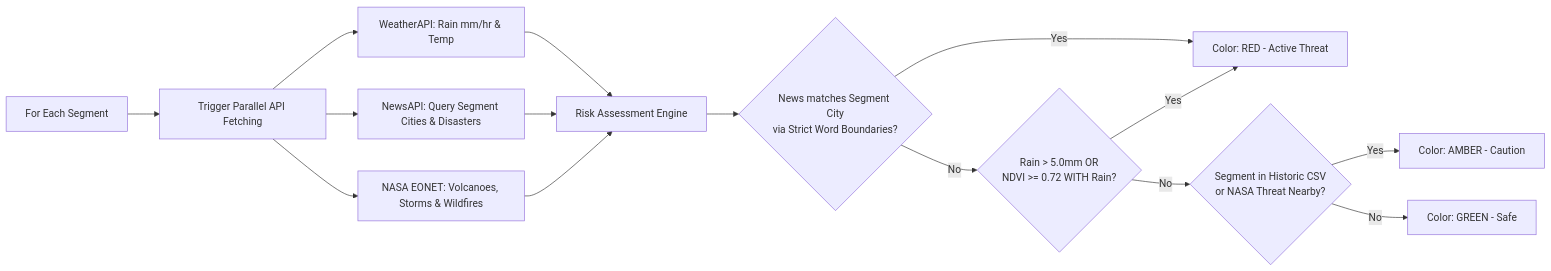
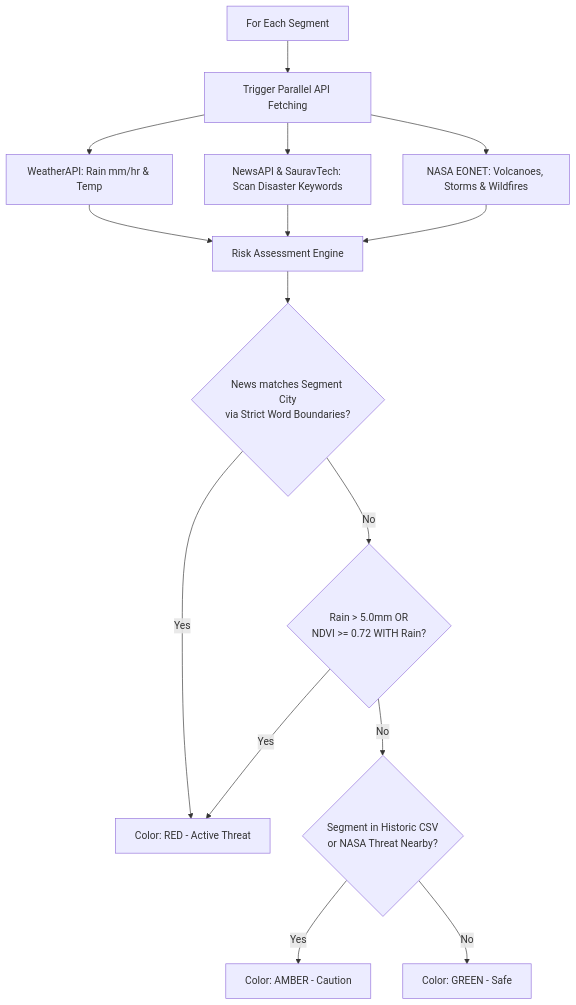
The third of 5 diagrams in README.md (Varshith10121901/E---horizon-driving-system), drawn with Mermaid before and after one commit. The commit also changed other lines of this file and 4 other files, not shown here.

Commit message:
Update system architecture diagrams, flow charts, and README to reflect OSRM/Overpass segmentation, India Hotels DB integration, and AbortController stop search

````diff
--- a/README.md
+++ b/README.md
@@ -90,21 +93,21 @@
 ```mermaid
-flowchart LR
+flowchart TD
     Segments[For Each Segment] --> FetchData[Trigger Parallel API Fetching]
     FetchData --> FetchWeather[WeatherAPI: Rain mm/hr & Temp]
-    FetchData --> FetchNews[NewsAPI: Query Segment Cities & Disasters]
+    FetchData --> FetchNews[NewsAPI & SauravTech: Scan Disaster Keywords]
     FetchData --> FetchNASA[NASA EONET: Volcanoes, Storms & Wildfires]
     
     FetchWeather --> RiskEval[Risk Assessment Engine]
     FetchNews --> RiskEval
     FetchNASA --> RiskEval
     
     RiskEval --> NewsCheck{News matches Segment City<br>via Strict Word Boundaries?}
     NewsCheck -- Yes --> SetRed[Color: RED - Active Threat]
     
     NewsCheck -- No --> RainCheck{Rain > 5.0mm OR<br>NDVI >= 0.72 WITH Rain?}
     RainCheck -- Yes --> SetRed
     
     RainCheck -- No --> CSVCheck{Segment in Historic CSV<br>or NASA Threat Nearby?}
     CSVCheck -- Yes --> SetAmber[Color: AMBER - Caution]
     CSVCheck -- No --> SetGreen[Color: GREEN - Safe]
 ```
````
